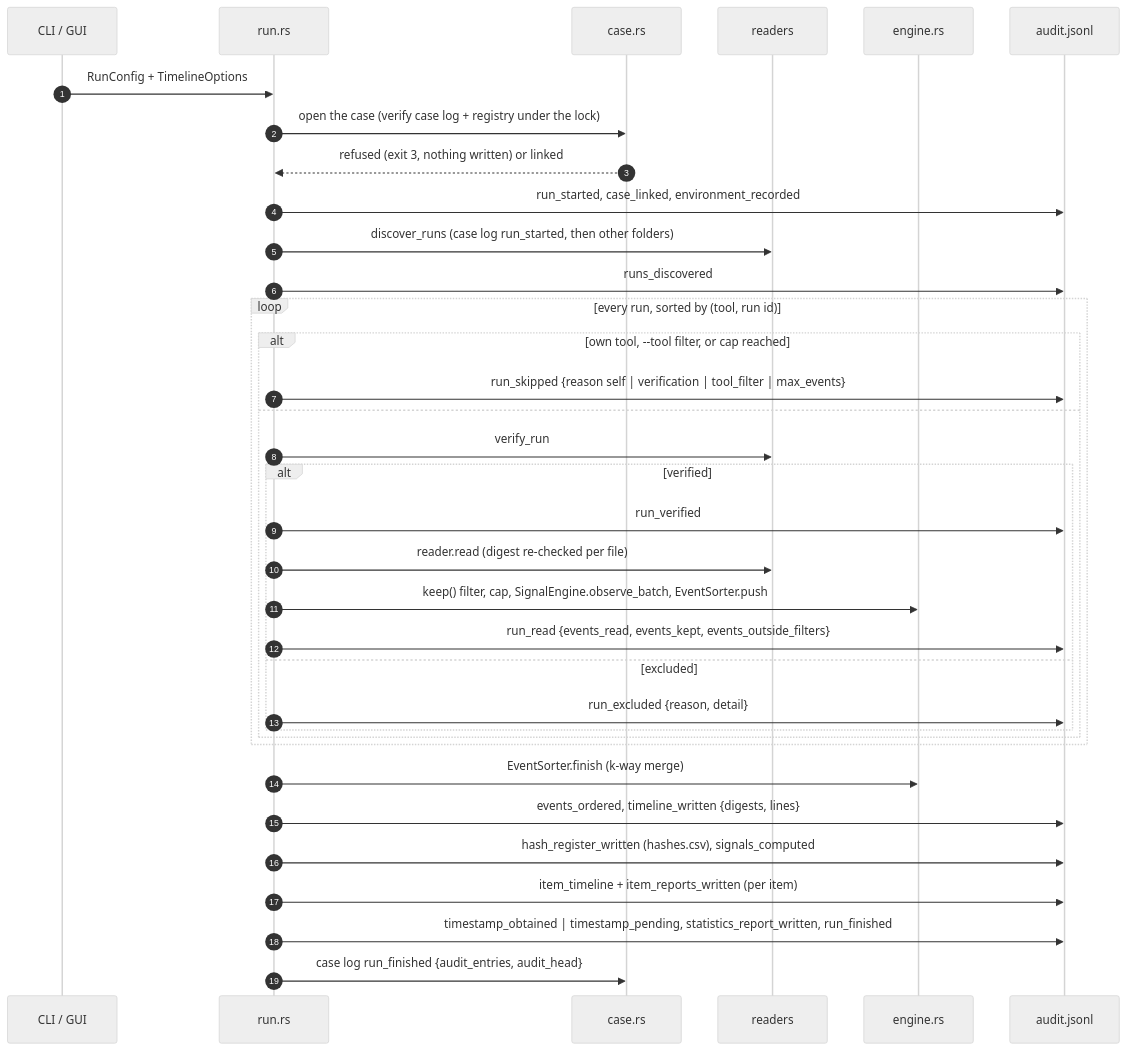
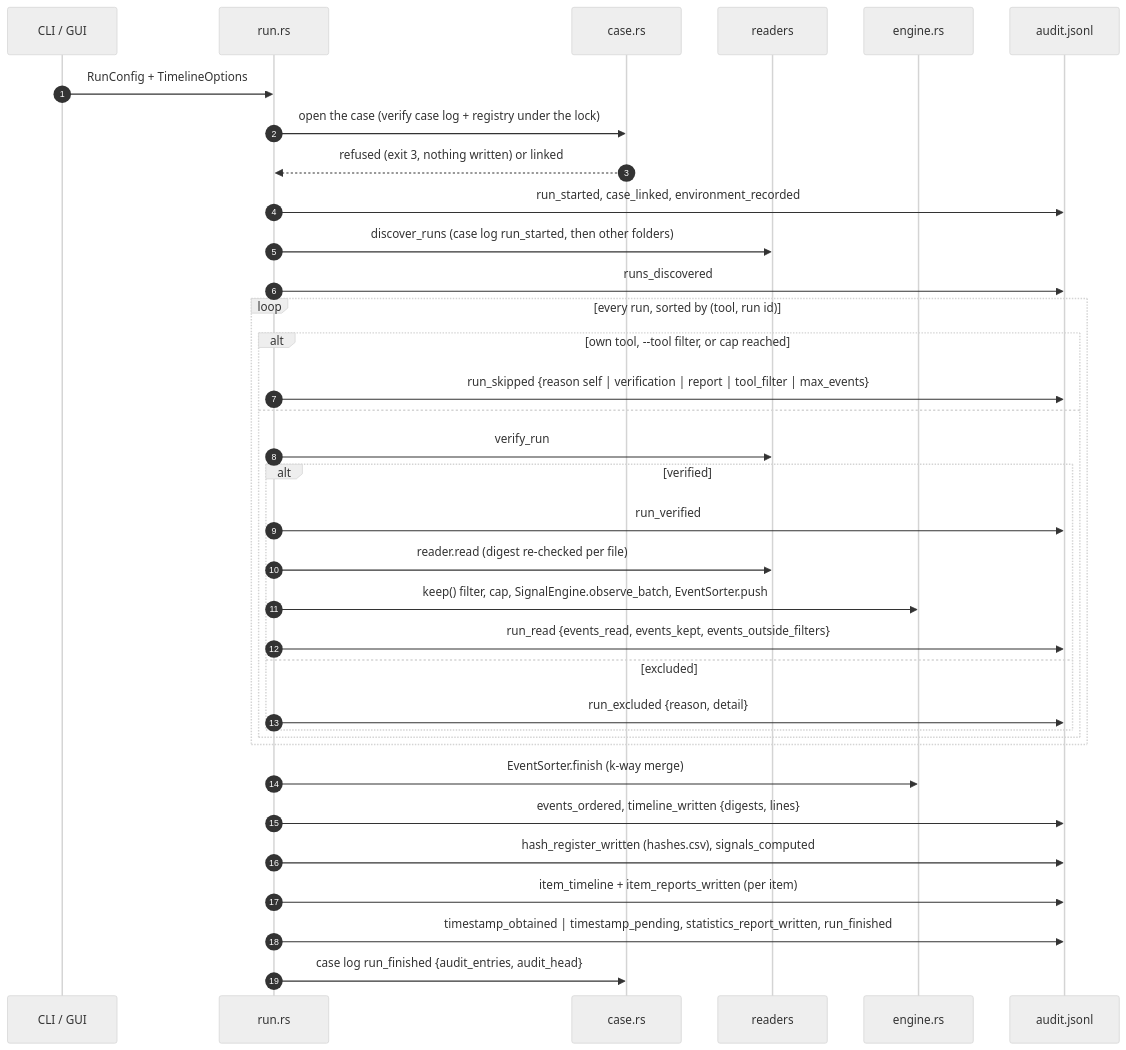
The fourth of 10 diagrams in docs/theory.md (Panacota96/rv-timeline), drawn with Mermaid (neutral theme) before and after one commit. The commit also changed other lines of this file and 32 other files, not shown here.

````diff
--- a/docs/theory.md
+++ b/docs/theory.md
@@ -206,37 +206,37 @@
 ```mermaid
 sequenceDiagram
     autonumber
     participant CLI as CLI / GUI
     participant R as run.rs
     participant C as case.rs
     participant RD as readers
     participant E as engine.rs
     participant L as audit.jsonl
     CLI->>R: RunConfig + TimelineOptions
     R->>C: open the case (verify case log + registry under the lock)
     C-->>R: refused (exit 3, nothing written) or linked
     R->>L: run_started, case_linked, environment_recorded
     R->>RD: discover_runs (case log run_started, then other folders)
     R->>L: runs_discovered
     loop every run, sorted by (tool, run id)
         alt own tool, --tool filter, or cap reached
-            R->>L: run_skipped {reason self | verification | tool_filter | max_events}
+            R->>L: run_skipped {reason self | verification | report | tool_filter | max_events}
         else
             R->>RD: verify_run
             alt verified
                 R->>L: run_verified
                 R->>RD: reader.read (digest re-checked per file)
                 R->>E: keep() filter, cap, SignalEngine.observe_batch, EventSorter.push
                 R->>L: run_read {events_read, events_kept, events_outside_filters}
             else excluded
                 R->>L: run_excluded {reason, detail}
             end
         end
     end
     R->>E: EventSorter.finish (k-way merge)
     R->>L: events_ordered, timeline_written {digests, lines}
     R->>L: hash_register_written (hashes.csv), signals_computed
     R->>L: item_timeline + item_reports_written (per item)
     R->>L: timestamp_obtained | timestamp_pending, statistics_report_written, run_finished
     R->>C: case log run_finished {audit_entries, audit_head}
 ```
````
